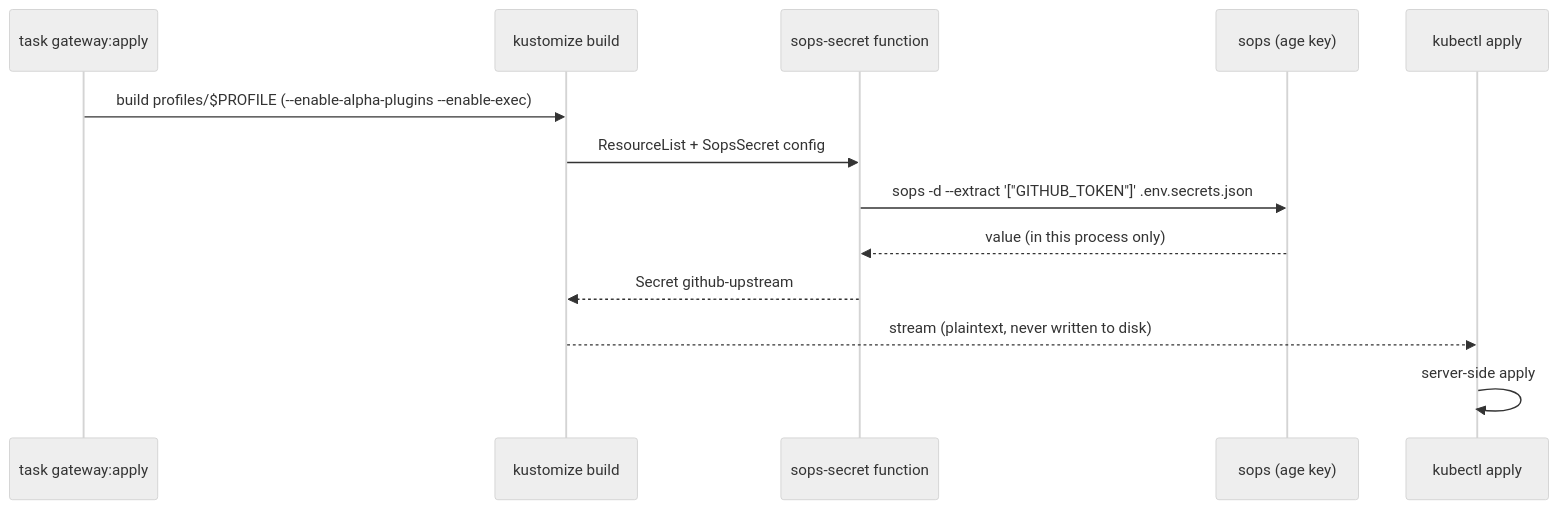
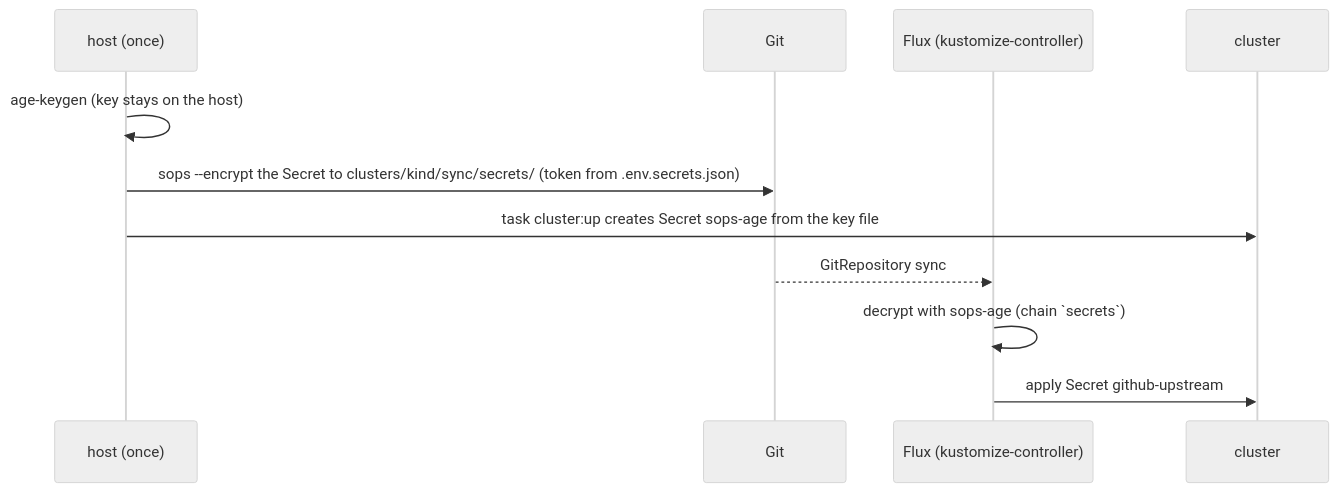
One commit to raghav19/engineersdaybook changed the fourth of 4 diagrams in code/mcp-sandbox/part-3-mcp-guardrails/README.md. Above: the diagram before and after it, drawn with Mermaid (neutral theme). The commit also changed other lines of this file and 65 other files, not shown here.

````diff
--- a/code/mcp-sandbox/part-3-mcp-guardrails/README.md
+++ b/code/mcp-sandbox/part-3-mcp-guardrails/README.md
@@ -93,16 +131,14 @@
 ```mermaid
 sequenceDiagram
-    participant T as task gateway:apply
-    participant K as kustomize build
-    participant F as sops-secret function
-    participant S as sops (age key)
-    participant A as kubectl apply
+    participant H as host (once)
+    participant G as Git
+    participant F as Flux (kustomize-controller)
+    participant K as cluster
 
-    T->>K: build profiles/$PROFILE (--enable-alpha-plugins --enable-exec)
-    K->>F: ResourceList + SopsSecret config
-    F->>S: sops -d --extract '["GITHUB_TOKEN"]' .env.secrets.json
-    S-->>F: value (in this process only)
-    F-->>K: Secret github-upstream
-    K-->>A: stream (plaintext, never written to disk)
-    A->>A: server-side apply
+    H->>H: age-keygen (key stays on the host)
+    H->>G: sops --encrypt the Secret to clusters/kind/sync/secrets/ (token from .env.secrets.json)
+    H->>K: task cluster:up creates Secret sops-age from the key file
+    G-->>F: GitRepository sync
+    F->>F: decrypt with sops-age (chain `secrets`)
+    F->>K: apply Secret github-upstream
 ```
````
